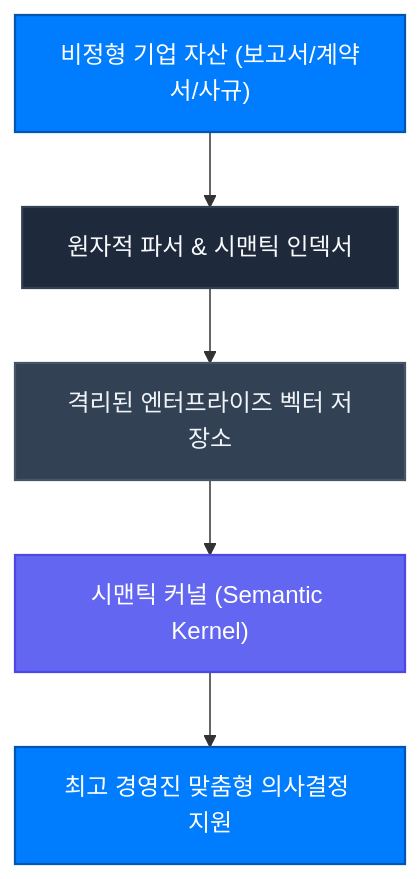
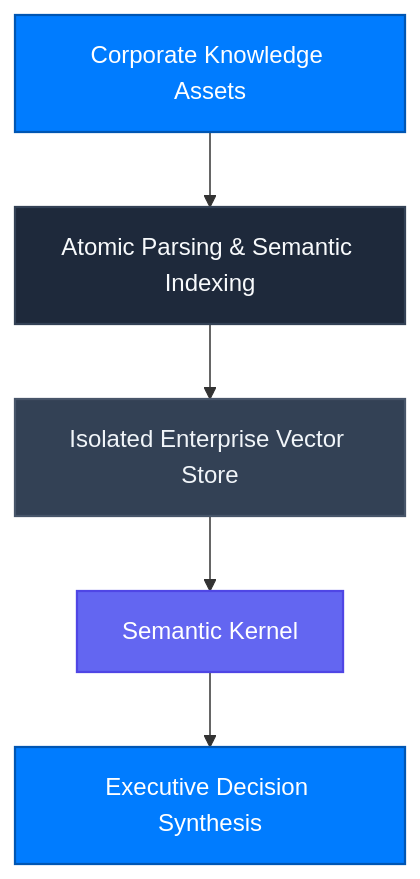
The diagram in features/brains.mdx (Connex-Brothers-Consulting-Group/cbcg-hs-connex-docs), drawn with Mermaid before and after one commit. The commit also changed other lines of this file and 30 other files, not shown here.

````diff
--- a/features/brains.mdx
+++ b/features/brains.mdx
@@ -9,12 +9,12 @@
 ```mermaid
 graph TD
     classDef primary fill:#007CFF,stroke:#0056B3,stroke-width:1.5px,color:#FFFFFF;
     classDef enterprise fill:#1E293B,stroke:#334155,stroke-width:1.5px,color:#F8FAFC;
     classDef storage fill:#334155,stroke:#475569,stroke-width:1.5px,color:#F1F5F9;
     classDef ai fill:#6366F1,stroke:#4F46E5,stroke-width:1.5px,color:#FFFFFF;
 
-    Raw["비정형 기업 자산 (보고서/계약서/사규)"]:::primary --> Ingest["원자적 파서 & 시맨틱 인덱서"]:::enterprise
-    Ingest --> Store["격리된 엔터프라이즈 벡터 저장소"]:::storage
-    Store --> Kernel["시맨틱 커널 (Semantic Kernel)"]:::ai
-    Kernel --> Decision["최고 경영진 맞춤형 의사결정 지원"]:::primary
+    Raw["Corporate Knowledge Assets"]:::primary --> Ingest["Atomic Parsing & Semantic Indexing"]:::enterprise
+    Ingest --> Store["Isolated Enterprise Vector Store"]:::storage
+    Store --> Kernel["Semantic Kernel"]:::ai
+    Kernel --> Decision["Executive Decision Synthesis"]:::primary
 ```
````
